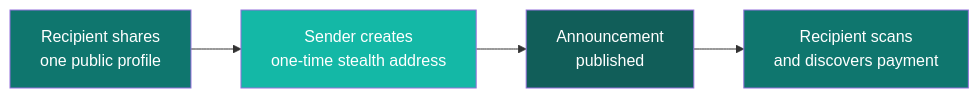
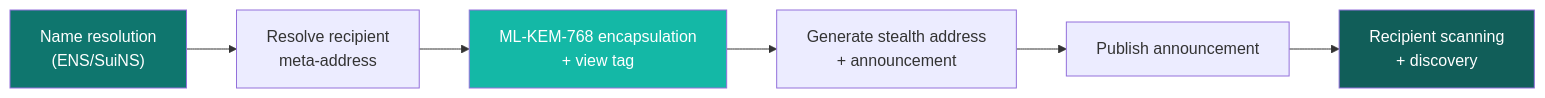
The diagram in index.mdx (specter-privacy/docs), drawn with Mermaid before and after one commit. The commit also changed other lines of this file and 39 other files, not shown here.

````diff
--- a/index.mdx
+++ b/index.mdx
@@ -44,11 +31,12 @@
 ```mermaid
 flowchart LR
-    A["Recipient shares\none public profile"] --> B["Sender creates\none-time stealth address"]
-    B --> C["Announcement\npublished"]
-    C --> D["Recipient scans\nand discovers payment"]
+    A["Name resolution\n(ENS/SuiNS)"] --> B["Resolve recipient\nmeta-address"]
+    B --> C["ML-KEM-768 encapsulation\n+ view tag"]
+    C --> D["Generate stealth address\n+ announcement"]
+    D --> E["Publish announcement"]
+    E --> F["Recipient scanning\n+ discovery"]
 
     style A fill:#0f766e,color:#fff
-    style B fill:#14b8a6,color:#fff
-    style C fill:#115e59,color:#fff
-    style D fill:#0f766e,color:#fff
+    style C fill:#14b8a6,color:#fff
+    style F fill:#115e59,color:#fff
 ```
````
